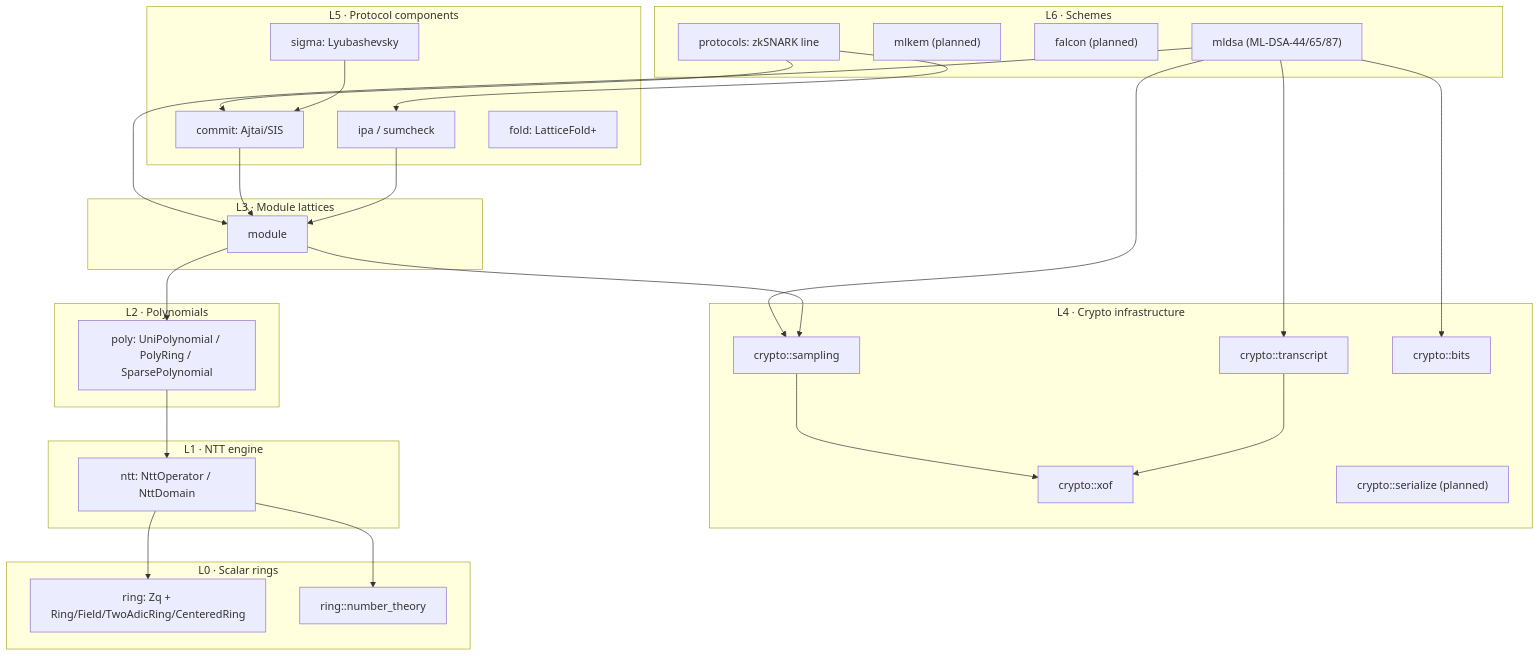
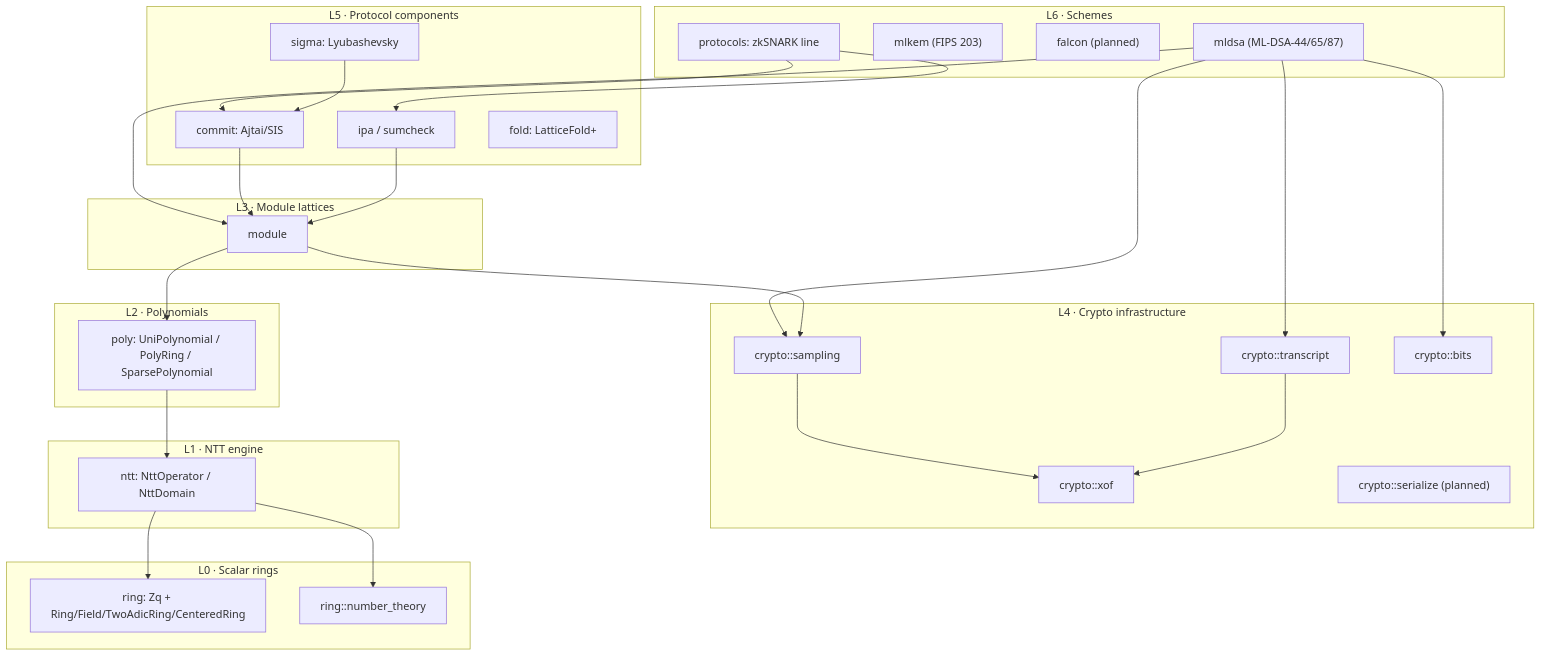
The diagram in docs/src/pages/design/module-map.mdx (SuccinctPaul/lattice-algebra-rs), drawn with Mermaid before and after one commit. The commit also changed other lines of this file and 20 other files, not shown here.

````diff
--- a/docs/src/pages/design/module-map.mdx
+++ b/docs/src/pages/design/module-map.mdx
@@ -20,51 +20,51 @@
 ```mermaid
 flowchart TB
     subgraph L6["L6 · Schemes"]
         MLDSA["mldsa (ML-DSA-44/65/87)"]
-        MLKEM["mlkem (planned)"]
+        MLKEM["mlkem (FIPS 203)"]
         FALCON["falcon (planned)"]
         ZK["protocols: zkSNARK line"]
     end
     subgraph L5["L5 · Protocol components"]
         COMMIT["commit: Ajtai/SIS"]
         SIGMA["sigma: Lyubashevsky"]
         IPA["ipa / sumcheck"]
         FOLD["fold: LatticeFold+"]
     end
     subgraph L4["L4 · Crypto infrastructure"]
         XOF["crypto::xof"]
         SAMP["crypto::sampling"]
         TR["crypto::transcript"]
         BITS["crypto::bits"]
         SER["crypto::serialize (planned)"]
     end
     subgraph L3["L3 · Module lattices"]
         MOD["module"]
     end
     subgraph L2["L2 · Polynomials"]
         POLY["poly: UniPolynomial / PolyRing / SparsePolynomial"]
     end
     subgraph L1["L1 · NTT engine"]
         NTT["ntt: NttOperator / NttDomain"]
     end
     subgraph L0["L0 · Scalar rings"]
         RING["ring: Zq + Ring/Field/TwoAdicRing/CenteredRing"]
         NT["ring::number_theory"]
     end
     MLDSA --> MOD
     MLDSA --> SAMP
     MLDSA --> TR
     MLDSA --> BITS
     ZK --> COMMIT
     ZK --> IPA
     COMMIT --> MOD
     IPA --> MOD
     SIGMA --> COMMIT
     MOD --> POLY
     MOD --> SAMP
     POLY --> NTT
     SAMP --> XOF
     TR --> XOF
     NTT --> RING
     NTT --> NT
 ```
````
